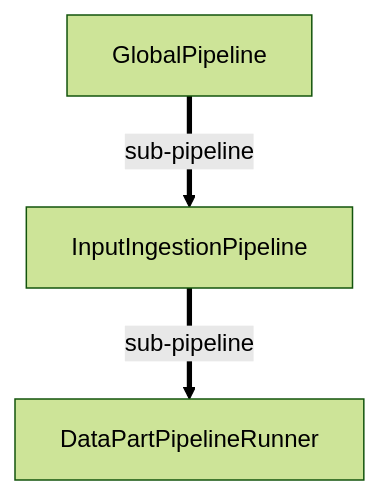
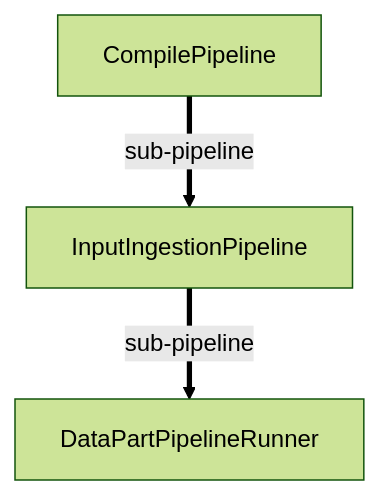
One commit to gbaudrit/context-compiler changed the diagram in src/Features/Reports/Modules/ContextCompiler.Reports.Modules.Pipelines.Mermaid/GROUP-BY-ITEM.md. Above: the diagram before and after it, drawn with Mermaid (forest theme). The commit also changed other lines of this file and 99 other files, not shown here.

Commit message:
feat : rename of GlobalPipeline to CompilePipeline (#9)

````diff
--- a/src/Features/Reports/Modules/ContextCompiler.Reports.Modules.Pipelines.Mermaid/GROUP-BY-ITEM.md
+++ b/src/Features/Reports/Modules/ContextCompiler.Reports.Modules.Pipelines.Mermaid/GROUP-BY-ITEM.md
@@ -57,5 +57,5 @@
 ```mermaid
 graph TD
-    GlobalPipeline ==>|sub-pipeline| InputIngestionPipeline
+    CompilePipeline ==>|sub-pipeline| InputIngestionPipeline
     InputIngestionPipeline ==>|sub-pipeline| DataPartPipelineRunner
 ```
````
